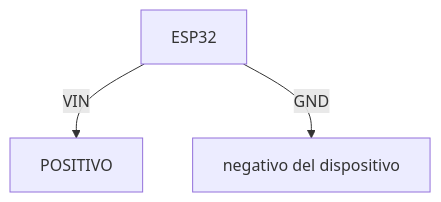
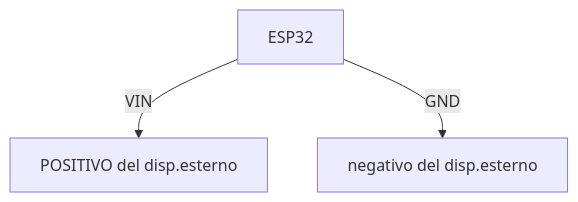
One commit to sebadima/www.robotdazero.it-doks changed the diagram in content/it/blog/107/index.md. Above: the diagram before and after it, drawn with Mermaid. The commit also changed other lines of this file, not shown here.

```diff
--- a/content/it/blog/107/index.md
+++ b/content/it/blog/107/index.md
@@ -60,5 +53,5 @@
 {{< mermaid class="bg-light text-center" >}}
 graph TD
-  ESP32 -->|VIN| D[POSITIVO]
-  ESP32 -->|GND| E[negativo del dispositivo]
+  ESP32 -->|VIN| D[POSITIVO del disp.esterno]
+  ESP32 -->|GND| E[negativo del disp.esterno]
 {{< /mermaid >}}
```
